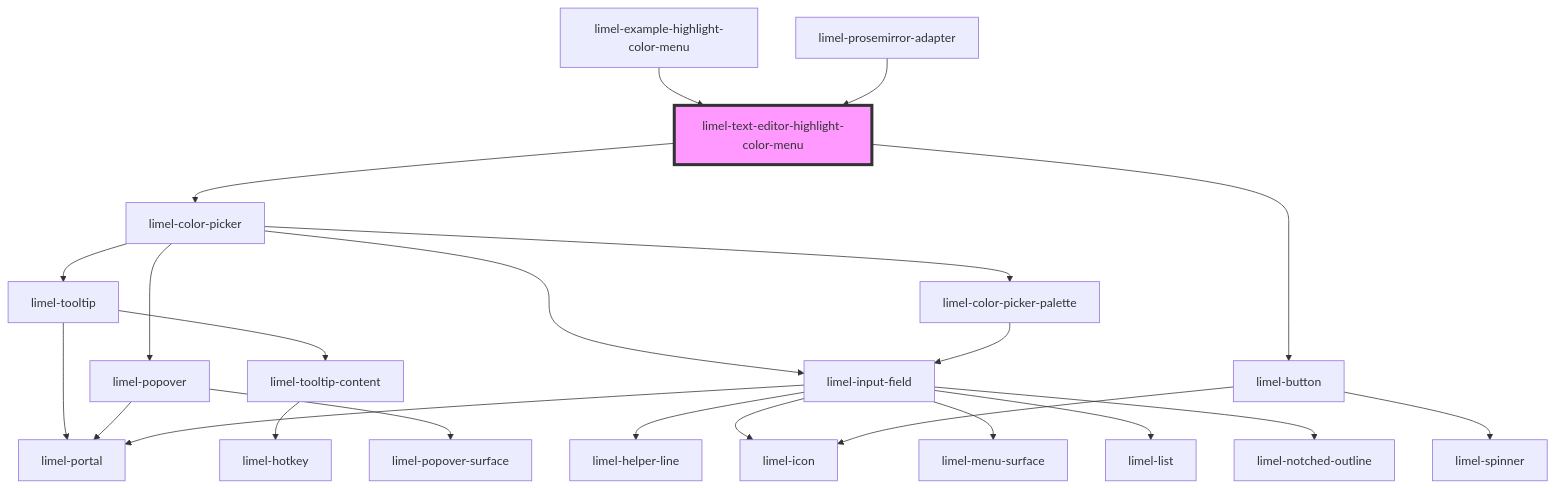
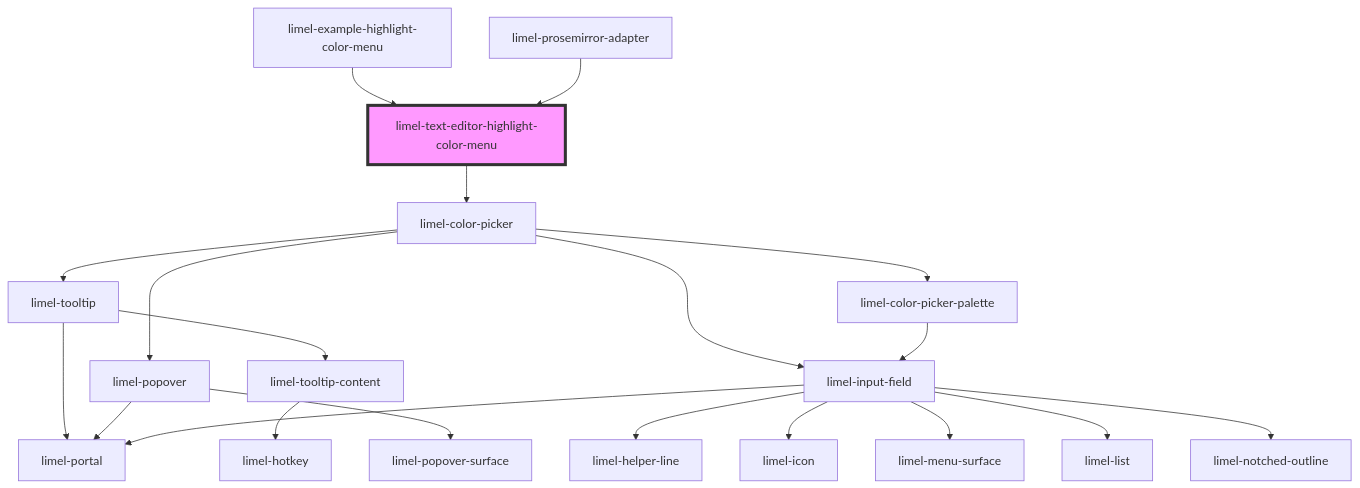
One commit to Lundalogik/lime-elements changed the diagram in versions/PR-3689/markdown-docs/components/text-editor/highlight-color-menu/readme.md. Above: the diagram before and after it, drawn with Mermaid. The commit also changed other lines of this file and 568 other files, not shown here.

````diff
--- a/versions/PR-3689/markdown-docs/components/text-editor/highlight-color-menu/readme.md
+++ b/versions/PR-3689/markdown-docs/components/text-editor/highlight-color-menu/readme.md
@@ -41,26 +40,23 @@
 ```mermaid
 graph TD;
   limel-text-editor-highlight-color-menu --> limel-color-picker
-  limel-text-editor-highlight-color-menu --> limel-button
   limel-color-picker --> limel-tooltip
   limel-color-picker --> limel-popover
   limel-color-picker --> limel-color-picker-palette
   limel-color-picker --> limel-input-field
   limel-tooltip --> limel-portal
   limel-tooltip --> limel-tooltip-content
   limel-tooltip-content --> limel-hotkey
   limel-popover --> limel-portal
   limel-popover --> limel-popover-surface
   limel-color-picker-palette --> limel-input-field
   limel-input-field --> limel-helper-line
   limel-input-field --> limel-icon
   limel-input-field --> limel-portal
   limel-input-field --> limel-menu-surface
   limel-input-field --> limel-list
   limel-input-field --> limel-notched-outline
-  limel-button --> limel-icon
-  limel-button --> limel-spinner
   limel-example-highlight-color-menu --> limel-text-editor-highlight-color-menu
   limel-prosemirror-adapter --> limel-text-editor-highlight-color-menu
   style limel-text-editor-highlight-color-menu fill:#f9f,stroke:#333,stroke-width:4px
 ```
````
